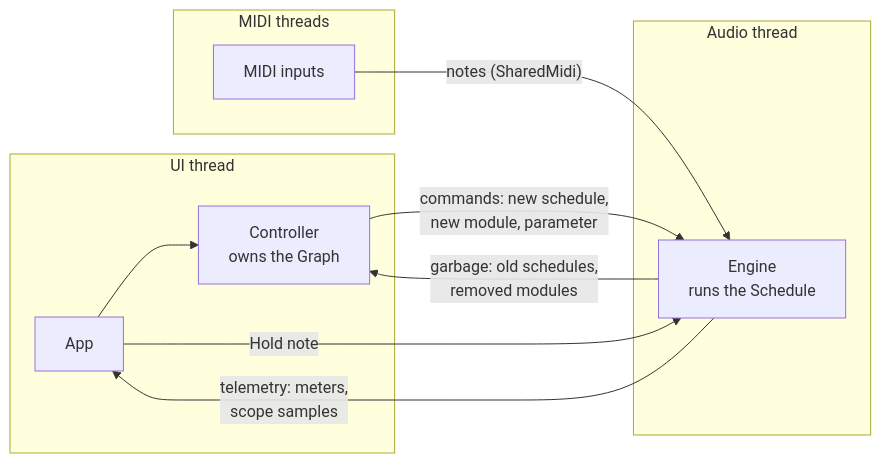
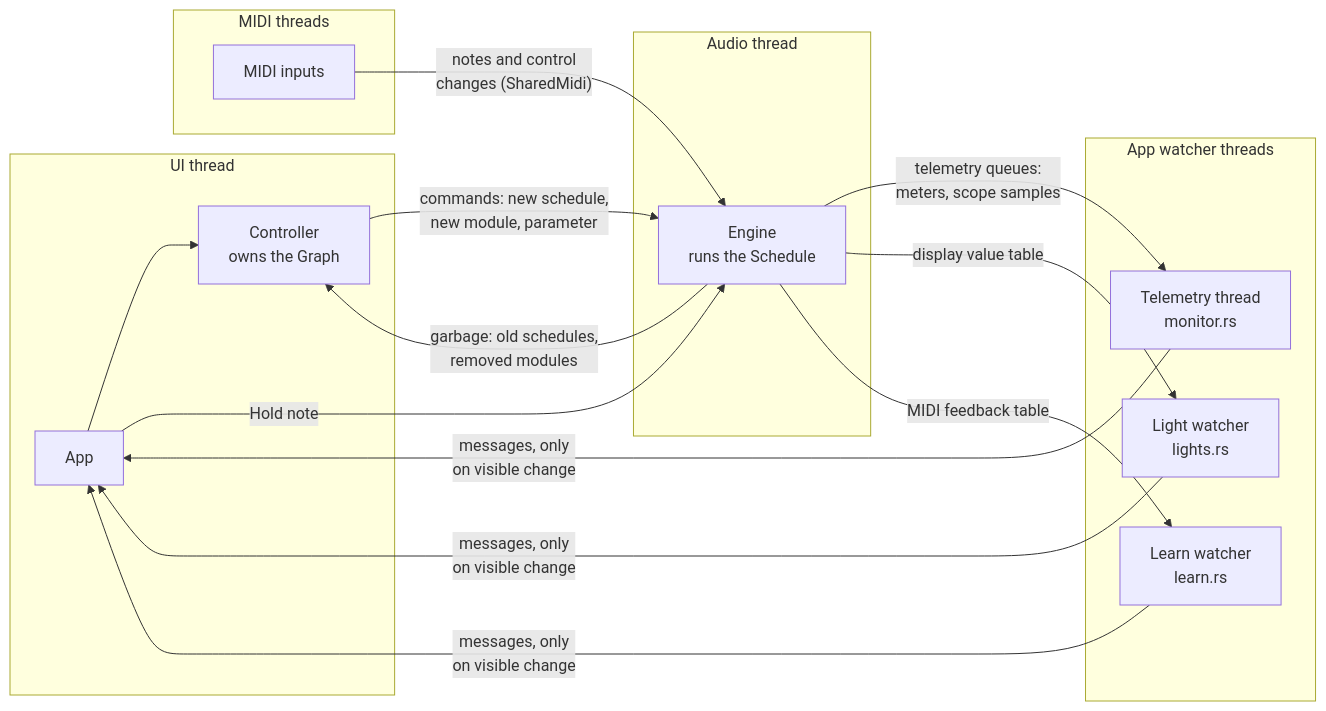
The second of 2 diagrams in docs/dev/architecture.md (brylie/LoomDSP), drawn with Mermaid before and after one commit. The commit also changed other lines of this file and 5 other files, not shown here.

````diff
--- a/docs/dev/architecture.md
+++ b/docs/dev/architecture.md
@@ -44,17 +44,25 @@
 ```mermaid
 flowchart LR
     subgraph ui[UI thread]
         app[App] --> controller[Controller<br/>owns the Graph]
     end
     subgraph midi[MIDI threads]
         ports[MIDI inputs]
     end
     subgraph audio[Audio thread]
         engine[Engine<br/>runs the Schedule]
     end
+    subgraph watchers[App watcher threads]
+        monitor[Telemetry thread<br/>monitor.rs]
+        lights[Light watcher<br/>lights.rs]
+        learn[Learn watcher<br/>learn.rs]
+    end
     controller -- "commands: new schedule,<br/>new module, parameter" --> engine
     engine -- "garbage: old schedules,<br/>removed modules" --> controller
-    engine -- "telemetry: meters,<br/>scope samples" --> app
-    ports -- "notes (SharedMidi)" --> engine
+    engine -- "telemetry queues:<br/>meters, scope samples" --> monitor
+    engine -- "display value table" --> lights
+    engine -- "MIDI feedback table" --> learn
+    monitor & lights & learn -- "messages, only<br/>on visible change" --> app
+    ports -- "notes and control<br/>changes (SharedMidi)" --> engine
     app -- "Hold note" --> engine
 ```
````
